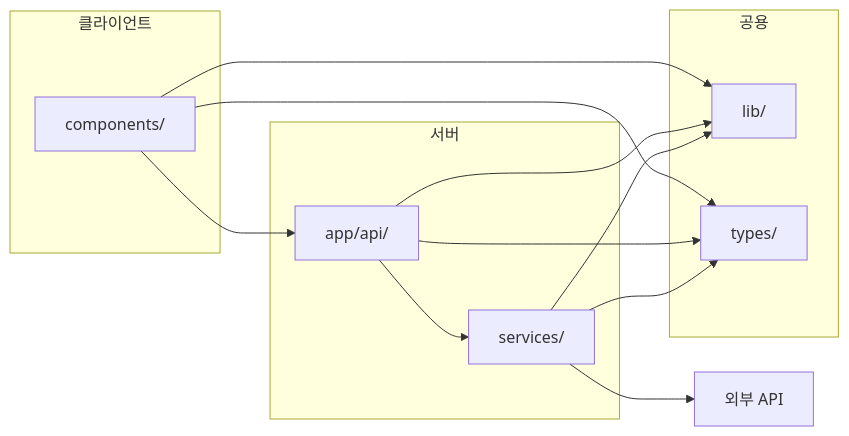
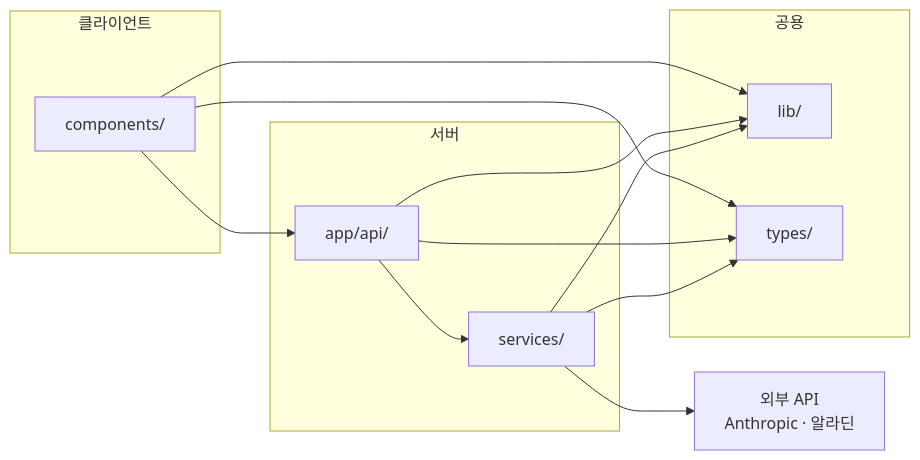
Before and after one commit to hyuham1335-stack/shelfie-app: the second of 6 diagrams in docs/ARCHITECTURE.md, drawn with Mermaid. The commit also changed other lines of this file and 6 other files, not shown here.

````diff
--- a/docs/ARCHITECTURE.md
+++ b/docs/ARCHITECTURE.md
@@ -45,27 +71,27 @@
 ```mermaid
 flowchart LR
     subgraph client["클라이언트"]
         C["components/"]
     end
 
     subgraph server["서버"]
         A["app/api/"]
         S["services/"]
     end
 
     subgraph shared["공용"]
         L["lib/"]
         T["types/"]
     end
 
     C --> A
     A --> S
-    S --> E["외부 API"]
+    S --> E["외부 API<br/>Anthropic · 알라딘"]
 
     C --> L
     A --> L
     S --> L
     C --> T
     A --> T
     S --> T
 ```
````
